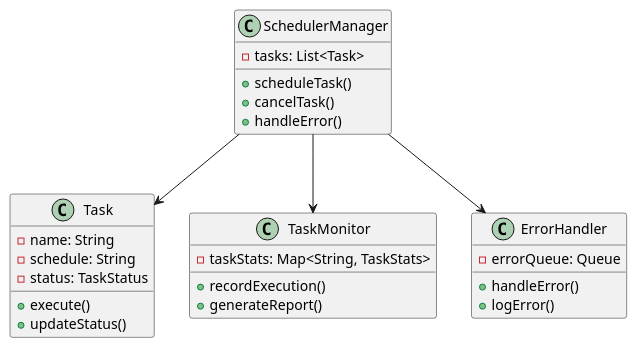
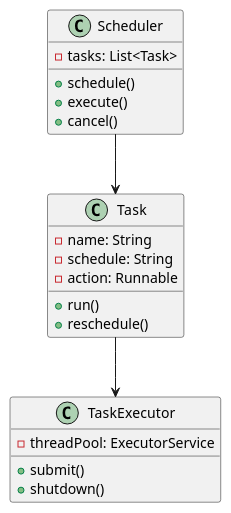
Before and after one commit to fine5351/info-sync: the first of 3 diagrams in doc/learning/lib/spring_scheduler_tutorial.md, drawn with PlantUML. The commit also changed other lines of this file and 4 other files, not shown here.

````diff
--- a/doc/learning/lib/spring_scheduler_tutorial.md
+++ b/doc/learning/lib/spring_scheduler_tutorial.md
@@ -77,34 +12,27 @@
 ```plantuml
 @startuml
-class SchedulerManager {
+class Scheduler {
     - tasks: List<Task>
-    + scheduleTask()
-    + cancelTask()
-    + handleError()
+    + schedule()
+    + execute()
+    + cancel()
 }
 
 class Task {
     - name: String
     - schedule: String
-    - status: TaskStatus
-    + execute()
-    + updateStatus()
+    - action: Runnable
+    + run()
+    + reschedule()
 }
 
-class TaskMonitor {
-    - taskStats: Map<String, TaskStats>
-    + recordExecution()
-    + generateReport()
+class TaskExecutor {
+    - threadPool: ExecutorService
+    + submit()
+    + shutdown()
 }
 
-class ErrorHandler {
-    - errorQueue: Queue
-    + handleError()
-    + logError()
-}
-
-SchedulerManager --> Task
-SchedulerManager --> TaskMonitor
-SchedulerManager --> ErrorHandler
+Scheduler --> Task
+Task --> TaskExecutor
 @enduml
 ```
````
